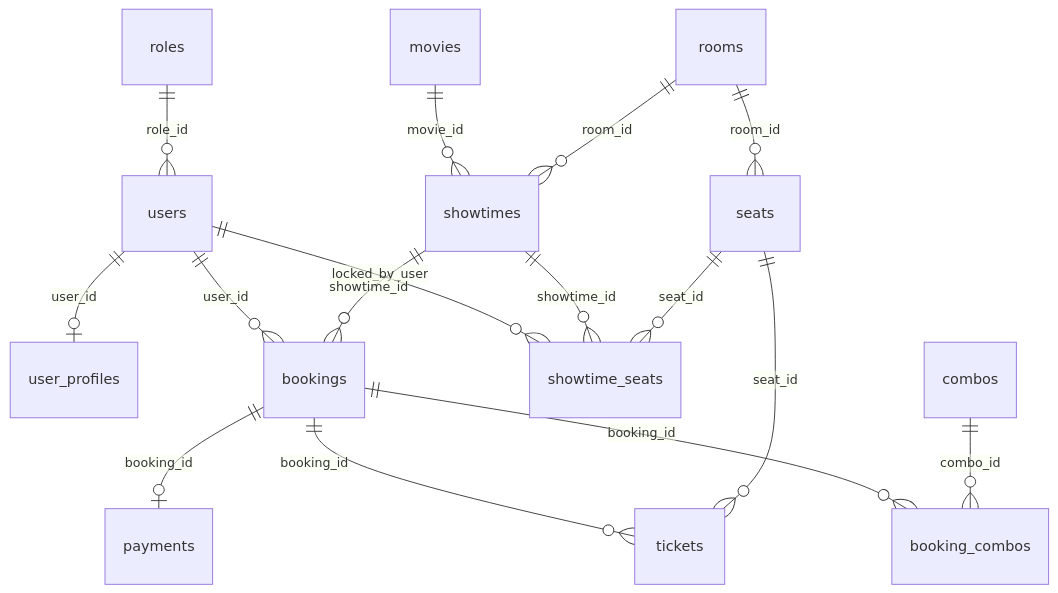
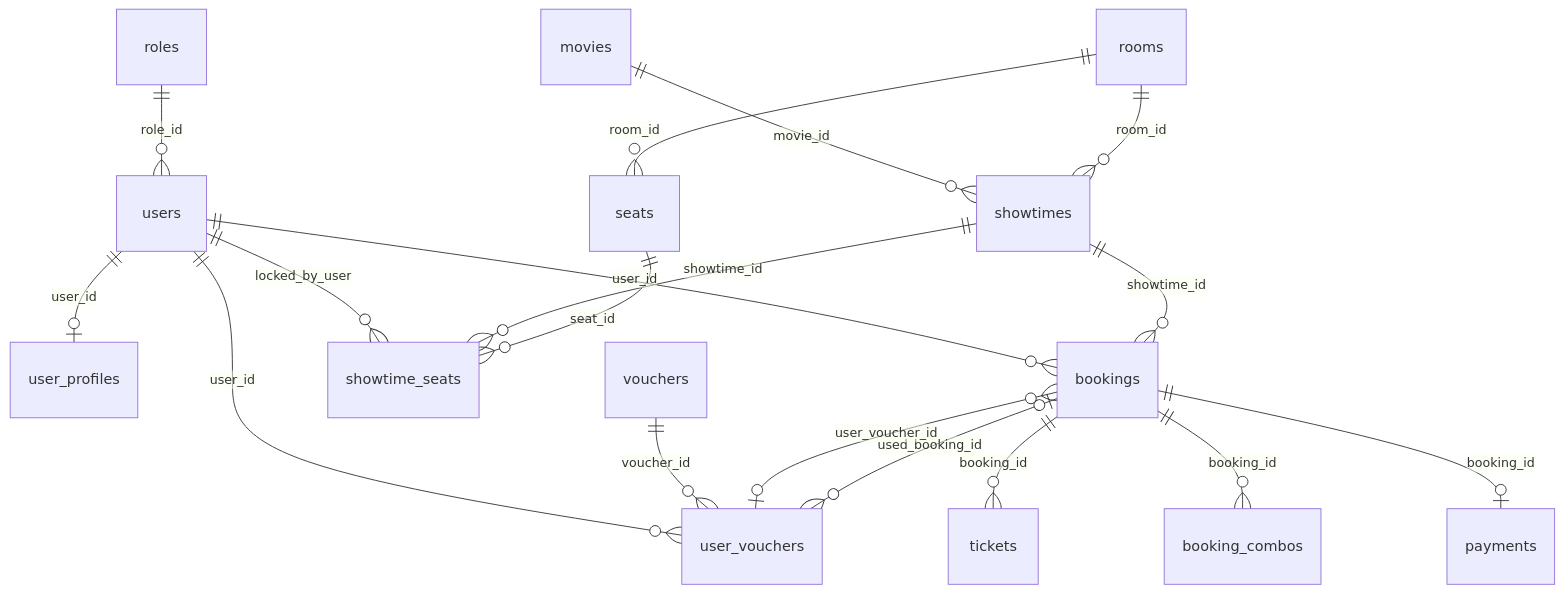
One commit to HOANGDINHTUNG/CINEMA_MOVIE_BOOKING_SYSTEM changed the second of 3 diagrams in docs/ARCHITECTURE_REPORT.md. Above: the diagram before and after it, drawn with Mermaid. The commit also changed other lines of this file and 127 other files, not shown here.

````diff
--- a/docs/ARCHITECTURE_REPORT.md
+++ b/docs/ARCHITECTURE_REPORT.md
@@ -103,18 +225,20 @@
 ```mermaid
 erDiagram
     roles ||--o{ users : role_id
     users ||--o| user_profiles : user_id
     users ||--o{ bookings : user_id
+    users ||--o{ user_vouchers : user_id
     users ||--o{ showtime_seats : locked_by_user
+    vouchers ||--o{ user_vouchers : voucher_id
+    user_vouchers }o--o| bookings : used_booking_id
     movies ||--o{ showtimes : movie_id
     rooms ||--o{ seats : room_id
     rooms ||--o{ showtimes : room_id
     showtimes ||--o{ showtime_seats : showtime_id
     seats ||--o{ showtime_seats : seat_id
     showtimes ||--o{ bookings : showtime_id
+    bookings }o--o| user_vouchers : user_voucher_id
     bookings ||--o{ tickets : booking_id
-    seats ||--o{ tickets : seat_id
     bookings ||--o{ booking_combos : booking_id
-    combos ||--o{ booking_combos : combo_id
     bookings ||--o| payments : booking_id
 ```
````
